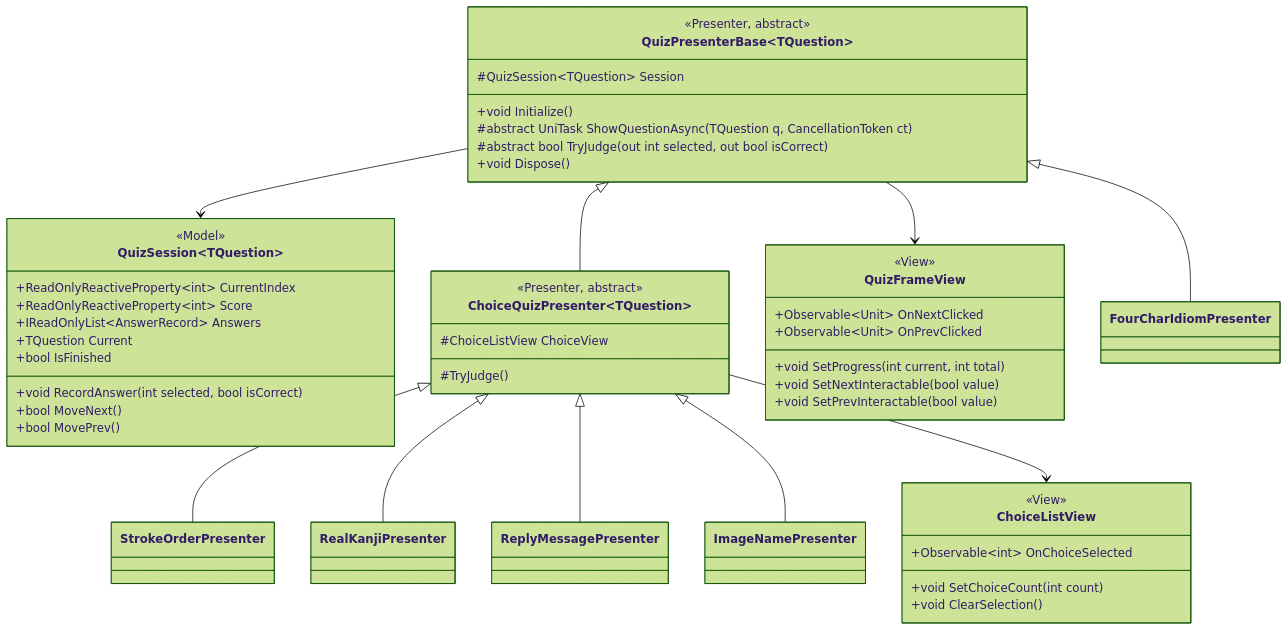
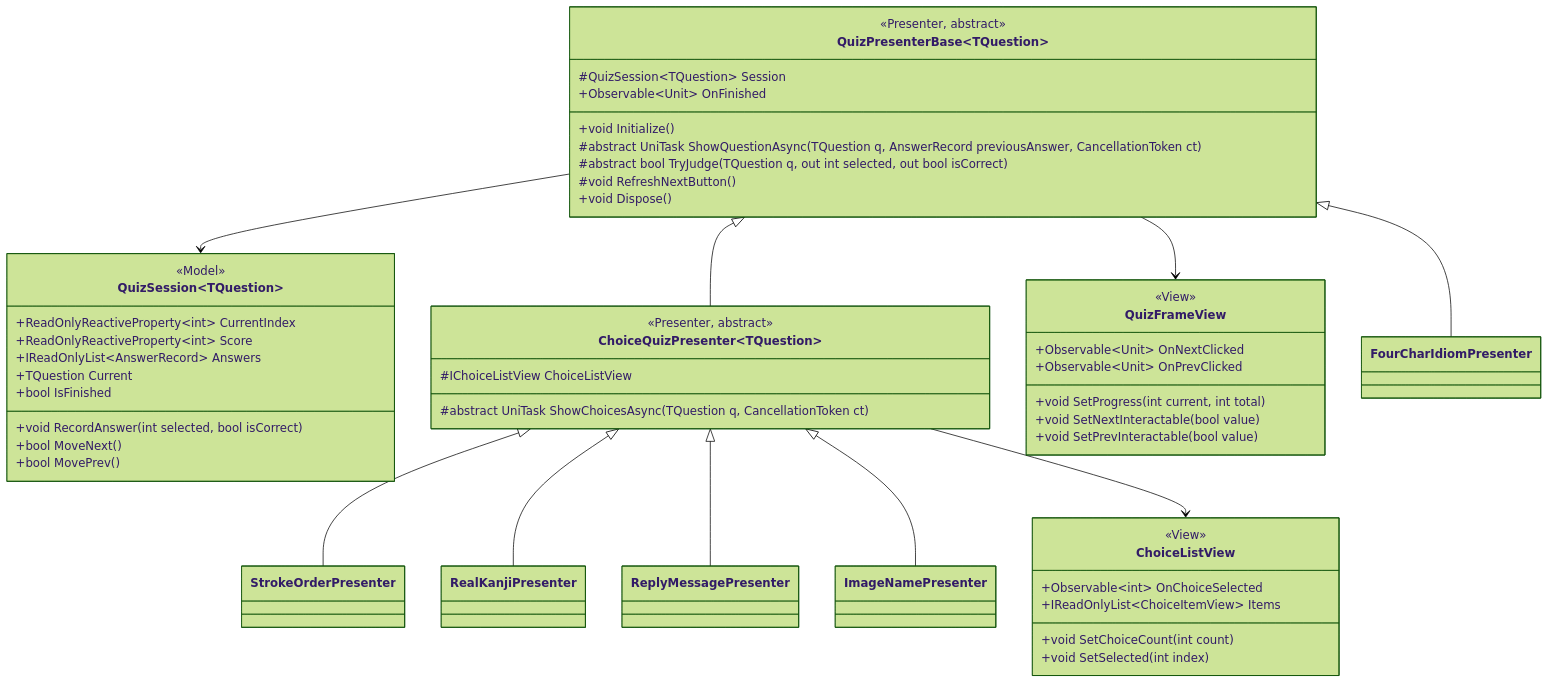
The second of 4 diagrams in Docs/Architecture.md (NEKOMARU23/Kanji-Quiz), drawn with Mermaid (forest theme) before and after one commit. The commit also changed other lines of this file and 3 other files, not shown here.

````diff
--- a/Docs/Architecture.md
+++ b/Docs/Architecture.md
@@ -78,50 +78,53 @@
 ```mermaid
 classDiagram
     class QuizSession~TQuestion~ {
         <<Model>>
         +ReadOnlyReactiveProperty~int~ CurrentIndex
         +ReadOnlyReactiveProperty~int~ Score
         +IReadOnlyList~AnswerRecord~ Answers
         +TQuestion Current
         +bool IsFinished
         +void RecordAnswer(int selected, bool isCorrect)
         +bool MoveNext()
         +bool MovePrev()
     }
     class QuizPresenterBase~TQuestion~ {
         <<Presenter, abstract>>
         #QuizSession~TQuestion~ Session
+        +Observable~Unit~ OnFinished
         +void Initialize()
-        #abstract UniTask ShowQuestionAsync(TQuestion q, CancellationToken ct)
-        #abstract bool TryJudge(out int selected, out bool isCorrect)
+        #abstract UniTask ShowQuestionAsync(TQuestion q, AnswerRecord previousAnswer, CancellationToken ct)
+        #abstract bool TryJudge(TQuestion q, out int selected, out bool isCorrect)
+        #void RefreshNextButton()
         +void Dispose()
     }
     class ChoiceQuizPresenter~TQuestion~ {
         <<Presenter, abstract>>
-        #ChoiceListView ChoiceView
-        #TryJudge()
+        #IChoiceListView ChoiceListView
+        #abstract UniTask ShowChoicesAsync(TQuestion q, CancellationToken ct)
     }
     class QuizFrameView {
         <<View>>
         +Observable~Unit~ OnNextClicked
         +Observable~Unit~ OnPrevClicked
         +void SetProgress(int current, int total)
         +void SetNextInteractable(bool value)
         +void SetPrevInteractable(bool value)
     }
     class ChoiceListView {
         <<View>>
         +Observable~int~ OnChoiceSelected
+        +IReadOnlyList~ChoiceItemView~ Items
         +void SetChoiceCount(int count)
-        +void ClearSelection()
+        +void SetSelected(int index)
     }
     QuizPresenterBase <|-- ChoiceQuizPresenter
     ChoiceQuizPresenter <|-- StrokeOrderPresenter
     ChoiceQuizPresenter <|-- RealKanjiPresenter
     ChoiceQuizPresenter <|-- ReplyMessagePresenter
     ChoiceQuizPresenter <|-- ImageNamePresenter
     QuizPresenterBase <|-- FourCharIdiomPresenter
     QuizPresenterBase --> QuizSession
     QuizPresenterBase --> QuizFrameView
     ChoiceQuizPresenter --> ChoiceListView
 ```
````
